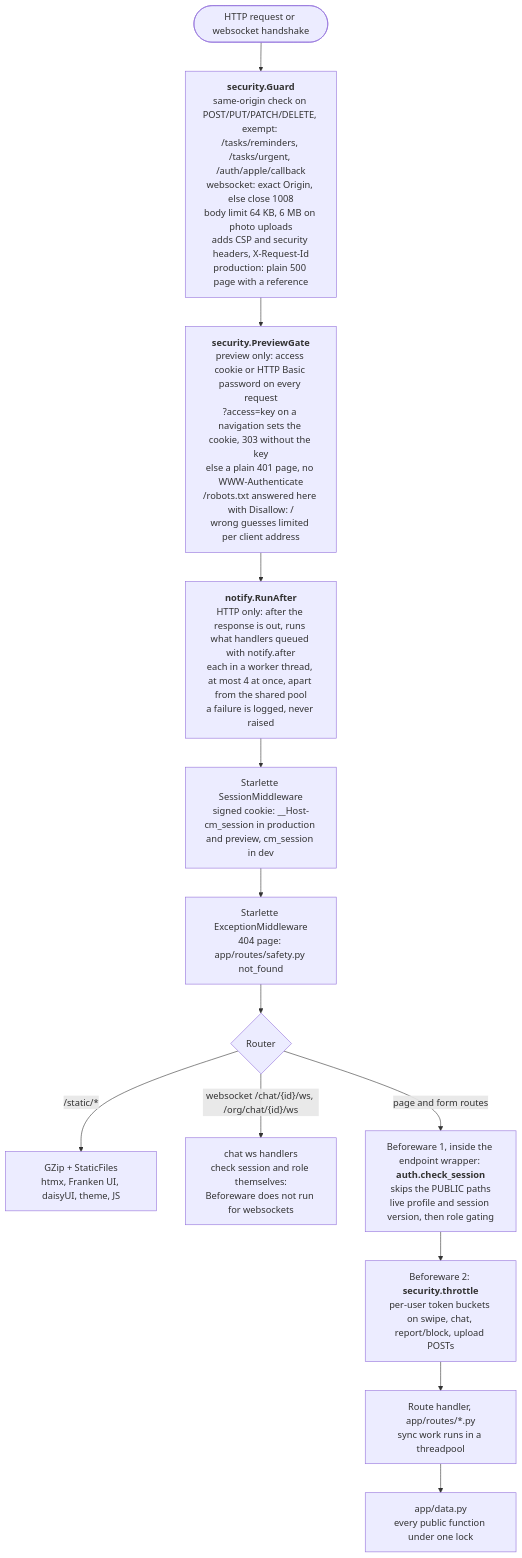
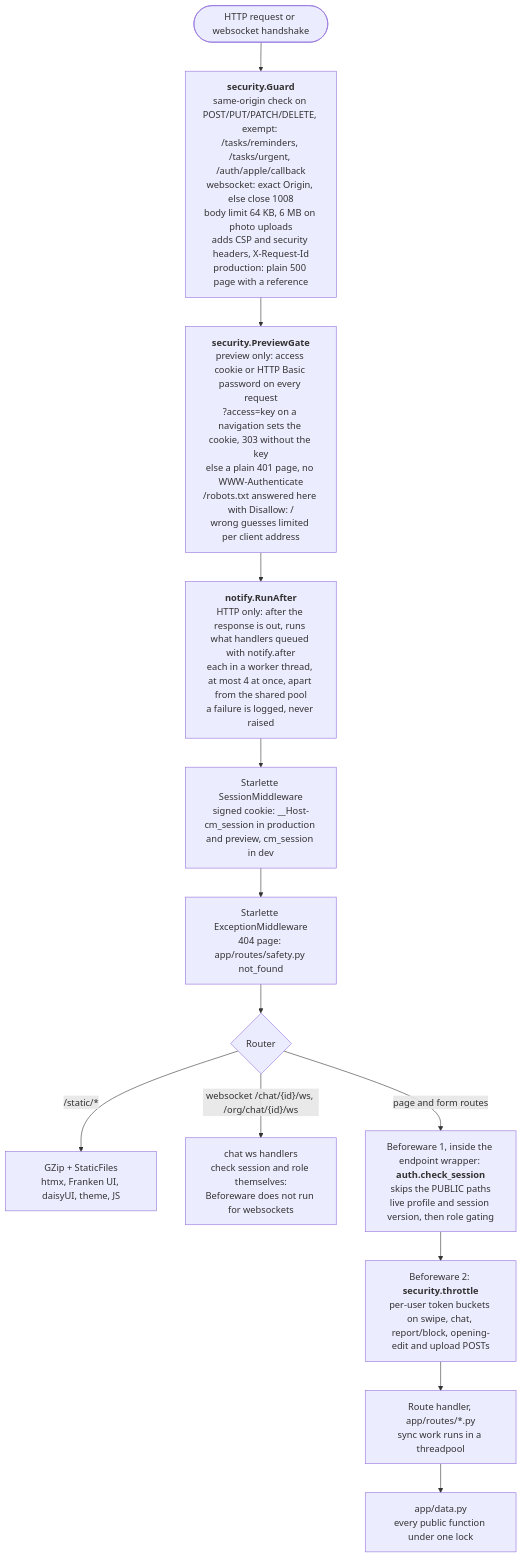
Diagram 11 of 26 in docs/ARCHITECTURE.md (slegroux/causematch), drawn with Mermaid before and after one commit. The commit also changed other lines of this file, not shown here.

Commit message:
Architecture doc: through #40 (edit and reopen openings), and the new-message notice sent inline

````diff
--- a/docs/ARCHITECTURE.md
+++ b/docs/ARCHITECTURE.md
@@ -550,18 +551,18 @@
 ```mermaid
 flowchart TD
     req(["HTTP request or websocket handshake"]) --> guard
     guard["<b>security.Guard</b><br/>same-origin check on POST/PUT/PATCH/DELETE, exempt: /tasks/reminders, /tasks/urgent, /auth/apple/callback<br/>websocket: exact Origin, else close 1008<br/>body limit 64 KB, 6 MB on photo uploads<br/>adds CSP and security headers, X-Request-Id<br/>production: plain 500 page with a reference"]
     guard --> gate
     gate["<b>security.PreviewGate</b><br/>preview only: access cookie or HTTP Basic password on every request<br/>?access=key on a navigation sets the cookie, 303 without the key<br/>else a plain 401 page, no WWW-Authenticate<br/>/robots.txt answered here with Disallow: /<br/>wrong guesses limited per client address"]
     gate --> after["<b>notify.RunAfter</b><br/>HTTP only: after the response is out, runs what handlers queued with notify.after<br/>each in a worker thread, at most 4 at once, apart from the shared pool<br/>a failure is logged, never raised"]
     after --> sess["Starlette SessionMiddleware<br/>signed cookie: __Host-cm_session in production and preview, cm_session in dev"]
     sess --> exc["Starlette ExceptionMiddleware<br/>404 page: app/routes/safety.py not_found"]
     exc --> router{"Router"}
     router -- "/static/*" --> static["GZip + StaticFiles<br/>htmx, Franken UI, daisyUI, theme, JS"]
     router -- "websocket /chat/{id}/ws, /org/chat/{id}/ws" --> ws["chat ws handlers<br/>check session and role themselves:<br/>Beforeware does not run for websockets"]
     router -- "page and form routes" --> bw
     bw["Beforeware 1, inside the endpoint wrapper: <b>auth.check_session</b><br/>skips the PUBLIC paths<br/>live profile and session version, then role gating"]
-    bw --> thr["Beforeware 2: <b>security.throttle</b><br/>per-user token buckets on swipe, chat, report/block, upload POSTs"]
+    bw --> thr["Beforeware 2: <b>security.throttle</b><br/>per-user token buckets on swipe, chat, report/block, opening-edit and upload POSTs"]
     thr --> handler["Route handler, app/routes/*.py<br/>sync work runs in a threadpool"]
     handler --> data["app/data.py<br/>every public function under one lock"]
 ```
````
